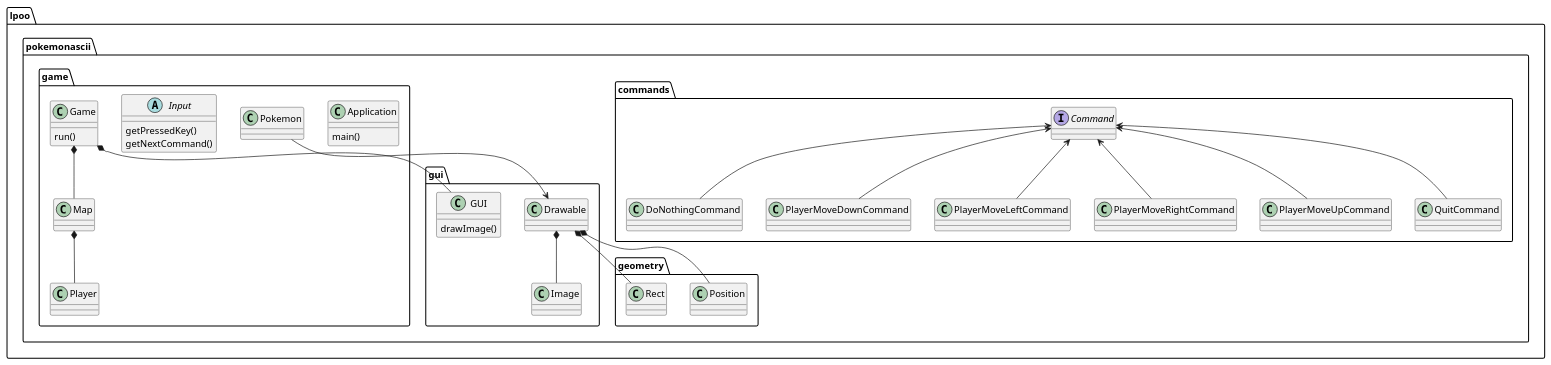
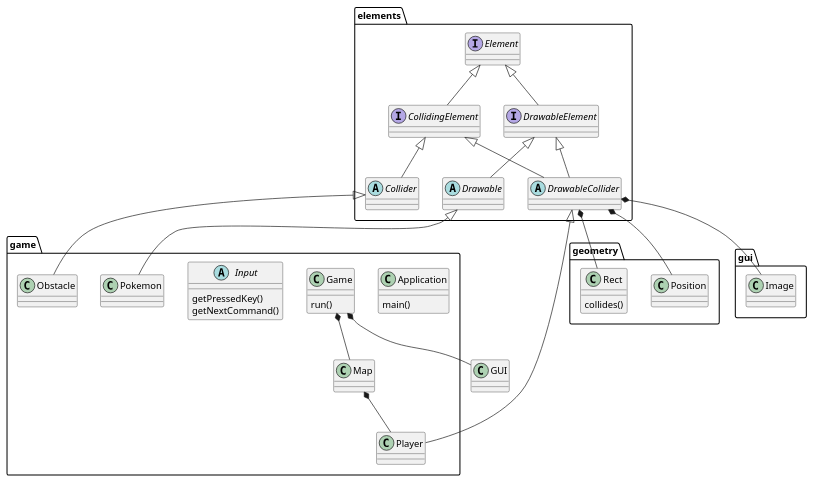
The diagram in uml.puml (Educorreia932/FEUP-LPOO), drawn with PlantUML before and after one commit. The commit also changed 14 other files, not shown here.

```diff
--- a/uml.puml
+++ b/uml.puml
@@ -1,64 +1,68 @@
 @startuml
 
-package lpoo.pokemonascii.commands {
-    interface Command
-    class DoNothingCommand
-    class PlayerMoveDownCommand
-    class PlayerMoveLeftCommand
-    class PlayerMoveRightCommand
-    class PlayerMoveUpCommand
-    class QuitCommand
+package elements {
+    interface CollidingElement
+    interface DrawableElement
+    interface Element
+    abstract class Drawable
+    abstract class Collider
+    abstract class DrawableCollider
 }
 
-package lpoo.pokemonascii.game {
+package game {
     class Application {
         main()
     }
 
     class Game {
         run()
     }
 
     abstract class Input {
         getPressedKey()
         getNextCommand()
     }
 
     class Map
     class Player
     class Pokemon
+    class Obstacle
 }
 
-package lpoo.pokemonascii.geometry {
+package geometry {
     class Position
-    class Rect
+
+    class Rect {
+        collides()
+    }
 }
 
-package lpoo.pokemonascii.gui {
-    class Drawable
-
-    class GUI {
-        drawImage()
-    }
-
+package gui {
     class Image
 }
-
-Command <-- DoNothingCommand
-Command <-- PlayerMoveDownCommand
-Command <-- PlayerMoveLeftCommand
-Command <-- PlayerMoveRightCommand
-Command <-- PlayerMoveUpCommand
-Command <-- QuitCommand
-
-Drawable *-- Image
-Drawable *-- Rect
-Drawable *-- Position
-Drawable <-- Pokemon
 
 Game *-- GUI
 Game *-- Map
 
 Map *-- Player
 
+Element <|-- CollidingElement
+Element <|-- DrawableElement
+
+DrawableCollider *-- Position
+DrawableCollider *-- Image
+DrawableCollider *-- Rect
+
+CollidingElement <|-- Collider
+CollidingElement <|-- DrawableCollider
+
+DrawableElement <|-- Drawable
+DrawableElement <|-- DrawableCollider
+
+DrawableCollider <|-- Player
+
+Drawable <|-- Pokemon
+
+Collider <|-- Obstacle
+
 @enduml
```
